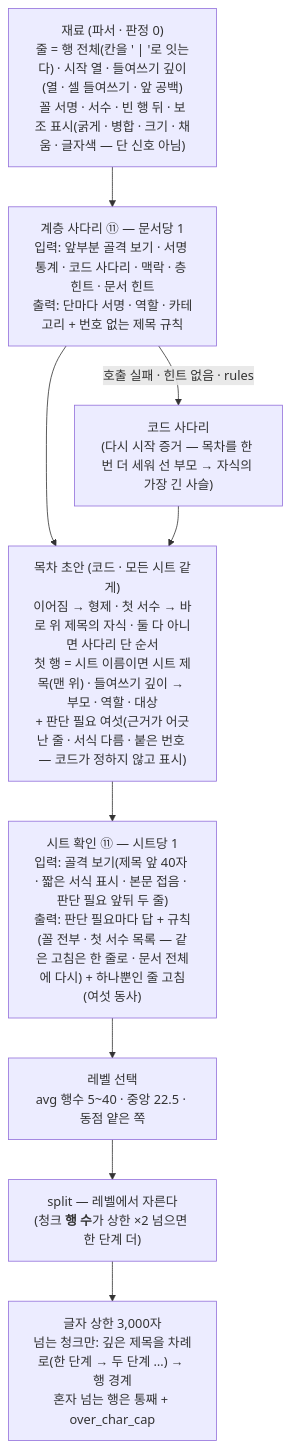
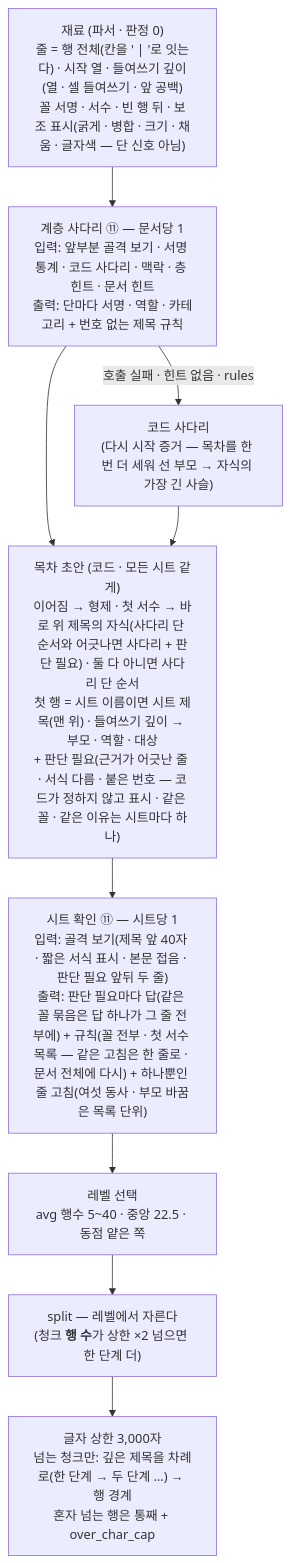
The third of 3 diagrams in docs/구조도/02_파싱과_추출.md (playjae0/ontology_system), drawn with Mermaid before and after one commit. The commit also changed other lines of this file and 39 other files, not shown here.

````diff
--- a/docs/구조도/02_파싱과_추출.md
+++ b/docs/구조도/02_파싱과_추출.md
@@ -195,10 +195,10 @@
 ```mermaid
 flowchart TD
   R["재료 (파서 · 판정 0)<br/>줄 = 행 전체(칸을 ' | '로 잇는다) · 시작 열 · 들여쓰기 깊이(열 · 셀 들여쓰기 · 앞 공백)<br/>꼴 서명 · 서수 · 빈 행 뒤 · 보조 표시(굵게 · 병합 · 크기 · 채움 · 글자색 — 단 신호 아님)"] --> L["계층 사다리 ⑪ — 문서당 1<br/>입력: 앞부분 골격 보기 · 서명 통계 · 코드 사다리 · 맥락 · 층 힌트 · 문서 힌트<br/>출력: 단마다 서명 · 역할 · 카테고리 + 번호 없는 제목 규칙"]
   L -->|호출 실패 · 힌트 없음 · rules| K["코드 사다리<br/>(다시 시작 증거 — 목차를 한 번 더 세워 선 부모 → 자식의 가장 긴 사슬)"]
-  L --> T["목차 초안 (코드 · 모든 시트 같게)<br/>이어짐 → 형제 · 첫 서수 → 바로 위 제목의 자식 · 둘 다 아니면 사다리 단 순서<br/>첫 행 = 시트 이름이면 시트 제목(맨 위) · 들여쓰기 깊이 → 부모 · 역할 · 대상<br/>+ 판단 필요 여섯(근거가 어긋난 줄 · 서식 다름 · 붙은 번호 — 코드가 정하지 않고 표시)"]
+  L --> T["목차 초안 (코드 · 모든 시트 같게)<br/>이어짐 → 형제 · 첫 서수 → 바로 위 제목의 자식(사다리 단 순서와 어긋나면 사다리 + 판단 필요) · 둘 다 아니면 사다리 단 순서<br/>첫 행 = 시트 이름이면 시트 제목(맨 위) · 들여쓰기 깊이 → 부모 · 역할 · 대상<br/>+ 판단 필요(근거가 어긋난 줄 · 서식 다름 · 붙은 번호 — 코드가 정하지 않고 표시 · 같은 꼴 · 같은 이유는 시트마다 하나)"]
   K --> T
-  T --> C["시트 확인 ⑪ — 시트당 1<br/>입력: 골격 보기(제목 앞 40자 · 짧은 서식 표시 · 본문 접음 · 판단 필요 앞뒤 두 줄)<br/>출력: 판단 필요마다 답 + 규칙(꼴 전부 · 첫 서수 목록 — 같은 고침은 한 줄로 · 문서 전체에 다시) + 하나뿐인 줄 고침(여섯 동사)"]
+  T --> C["시트 확인 ⑪ — 시트당 1<br/>입력: 골격 보기(제목 앞 40자 · 짧은 서식 표시 · 본문 접음 · 판단 필요 앞뒤 두 줄)<br/>출력: 판단 필요마다 답(같은 꼴 묶음은 답 하나가 그 줄 전부에) + 규칙(꼴 전부 · 첫 서수 목록 — 같은 고침은 한 줄로 · 문서 전체에 다시) + 하나뿐인 줄 고침(여섯 동사 · 부모 바꿈은 목록 단위)"]
   C --> B1["레벨 선택<br/>avg 행수 5~40 · 중앙 22.5 · 동점 얕은 쪽"] --> S["split — 레벨에서 자른다<br/>(청크 <b>행 수</b>가 상한 ×2 넘으면 한 단계 더)"]
   S --> X["글자 상한 3,000자<br/>넘는 청크만: 깊은 제목을 차례로(한 단계 → 두 단계 …) → 행 경계<br/>혼자 넘는 행은 통째 + over_char_cap"]
 ```
````
